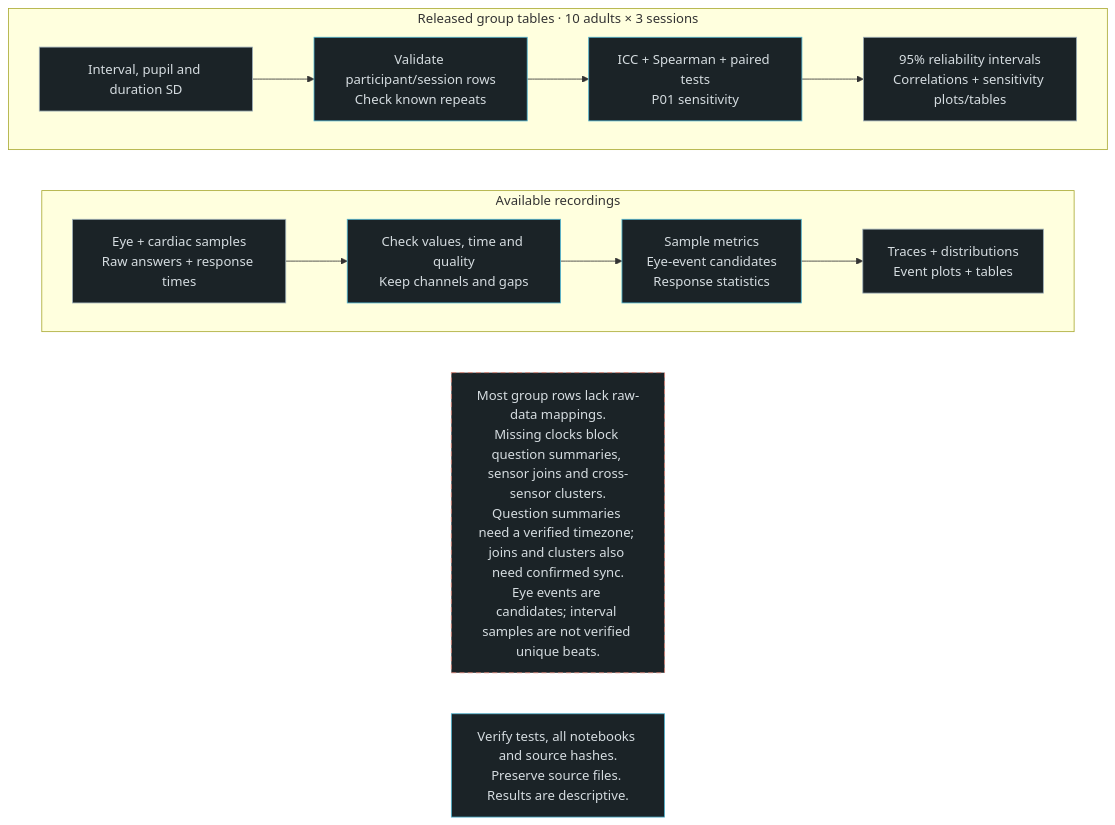
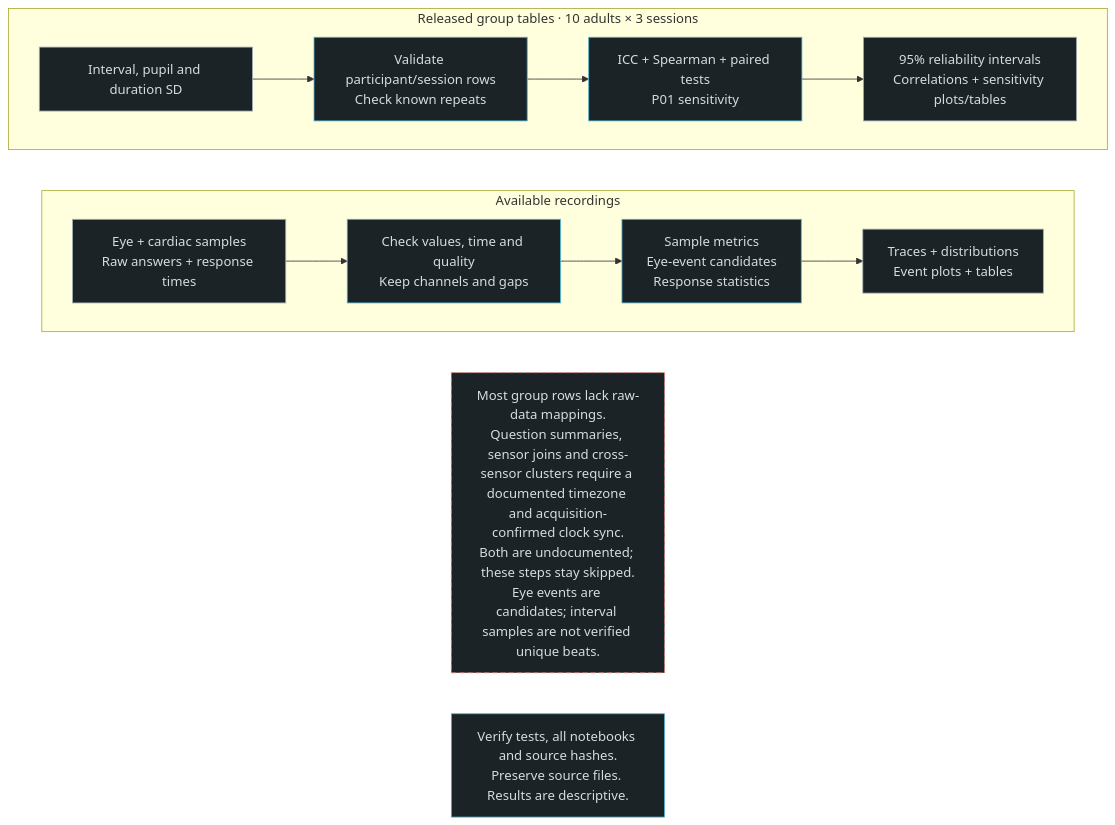
The diagram in design/pipeline.mmd (urmeo/multimodal-multisensor), drawn with Mermaid before and after one commit. The commit also changed 1 other file, not shown here.

```diff
--- a/design/pipeline.mmd
+++ b/design/pipeline.mmd
@@ -1,21 +1,21 @@
 flowchart LR
   subgraph recordings["Available recordings"]
     direction LR
     R["Eye + cardiac samples<br/>Raw answers + response times"] --> RC["Check values, time and quality<br/>Keep channels and gaps"]
     RC --> RA["Sample metrics<br/>Eye-event candidates<br/>Response statistics"]
     RA --> RO["Traces + distributions<br/>Event plots + tables"]
   end
   subgraph group["Released group tables · 10 adults × 3 sessions"]
     direction LR
     G["Interval, pupil and duration SD"] --> GC["Validate participant/session rows<br/>Check known repeats"]
     GC --> GA["ICC + Spearman + paired tests<br/>P01 sensitivity"]
     GA --> GO["95% reliability intervals<br/>Correlations + sensitivity plots/tables"]
   end
-  LIMIT["Most group rows lack raw-data mappings.<br/>Missing clocks block question summaries, sensor joins and cross-sensor clusters.<br/>Question summaries need a verified timezone; joins and clusters also need confirmed sync.<br/>Eye events are candidates; interval samples are not verified unique beats."]
+  LIMIT["Most group rows lack raw-data mappings.<br/>Question summaries, sensor joins and cross-sensor clusters require a documented timezone and acquisition-confirmed clock sync.<br/>Both are undocumented; these steps stay skipped.<br/>Eye events are candidates; interval samples are not verified unique beats."]
   VERIFY["Verify tests, all notebooks and source hashes.<br/>Preserve source files. Results are descriptive."]
   classDef input fill:#1b2327,stroke:#9eafb8,color:#d5dce0;
   classDef analysis fill:#1b2327,stroke:#50b4d0,color:#d5dce0;
   classDef limit fill:#1b2327,stroke:#d97d70,color:#d5dce0,stroke-dasharray:6 4;
   class R,G,RO,GO input;
   class RC,RA,GC,GA,VERIFY analysis;
   class LIMIT limit;
```
